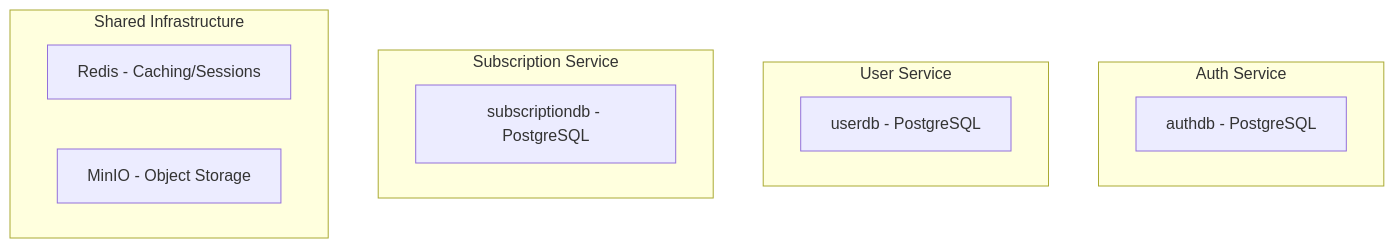
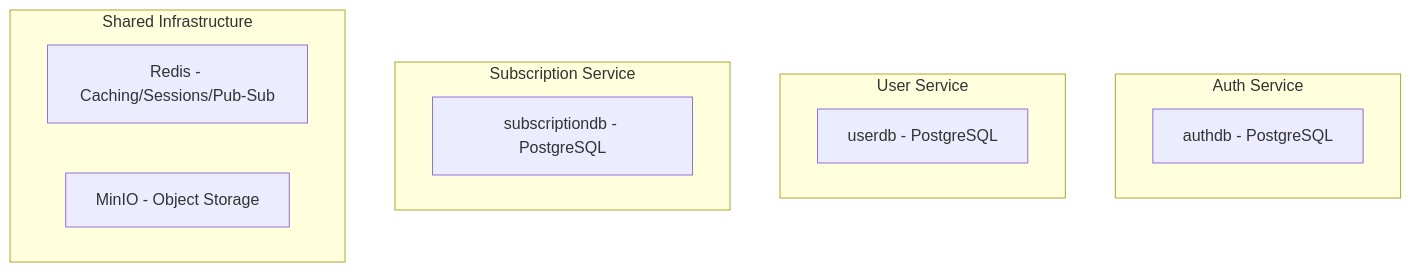
The third of 4 diagrams in README.md (Oladapo01/nourishgenie-docs), drawn with Mermaid before and after one commit. The commit also changed other lines of this file, not shown here.

````diff
--- a/README.md
+++ b/README.md
@@ -531,19 +509,19 @@
 ```mermaid
 graph TB
     subgraph "Auth Service"
         A[authdb - PostgreSQL]
     end
     
     subgraph "User Service"  
         B[userdb - PostgreSQL]
     end
     
     subgraph "Subscription Service"
         C[subscriptiondb - PostgreSQL]
     end
     
     subgraph "Shared Infrastructure"
-        D[Redis - Caching/Sessions]
+        D[Redis - Caching/Sessions/Pub-Sub]
         E[MinIO - Object Storage]
     end
 ```
````
